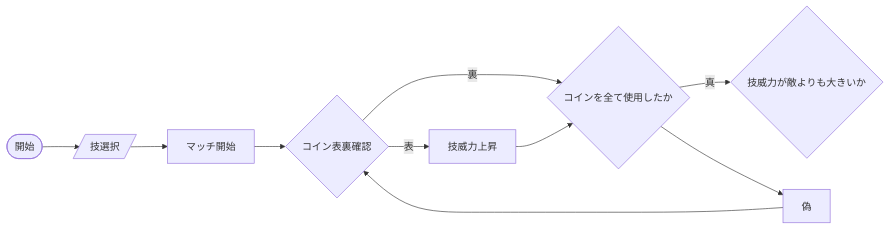
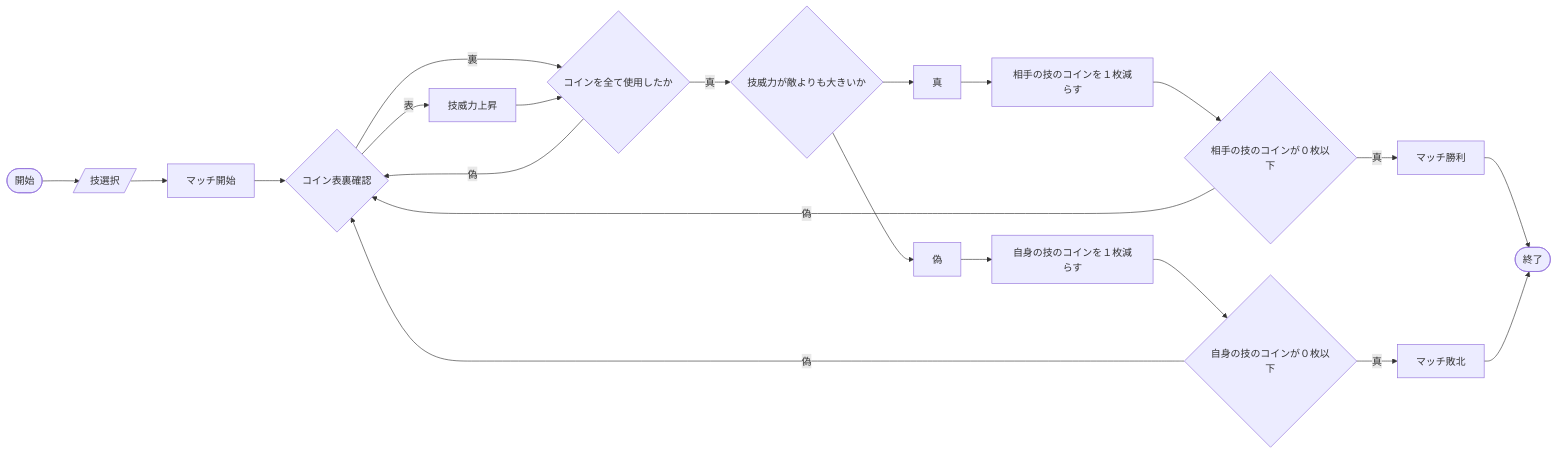
Before and after one commit to tpu-game-2023/mermaid_test: the first of 3 diagrams in README.md, drawn with Mermaid.

Commit message:
見取り図バグ確認

````diff
--- a/README.md
+++ b/README.md
@@ -20,13 +20,22 @@
 ```mermaid
 flowchart LR;
    A([開始]) --> B[/技選択/];
    B --> C[マッチ開始];
    C --> D{コイン表裏確認};
    D --表-->E[技威力上昇];
    D --裏--> F{コインを全て使用したか};
    E-->F;
    F--真-->G{技威力が敵よりも大きいか};
-   F-->偽-->D;
-   
+   F--偽-->D;
+   G-->真-->H[相手の技のコインを１枚減らす];
+   G-->偽-->I[自身の技のコインを１枚減らす];
+   H-->J{相手の技のコインが０枚以下};
+   I-->K{自身の技のコインが０枚以下};
+   J--真-->L[マッチ勝利];
+   J--偽-->D;
+   K--真-->M[マッチ敗北];
+   K--偽-->D;
+   L-->N([終了]);
+   M-->N;
    
 ```
````
